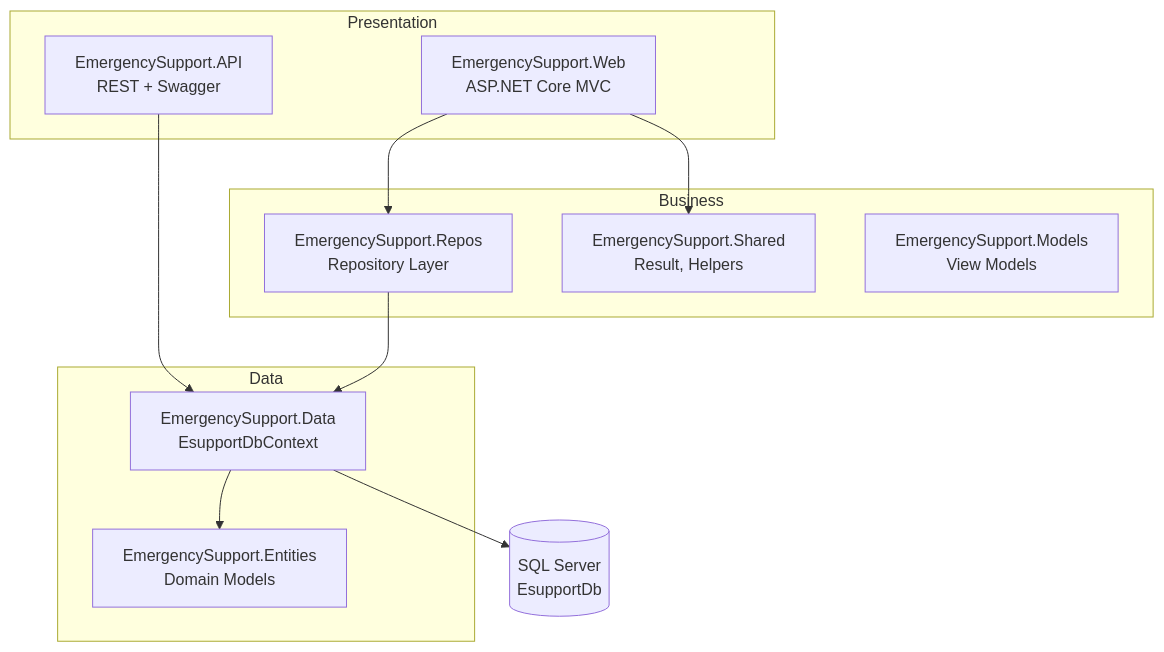
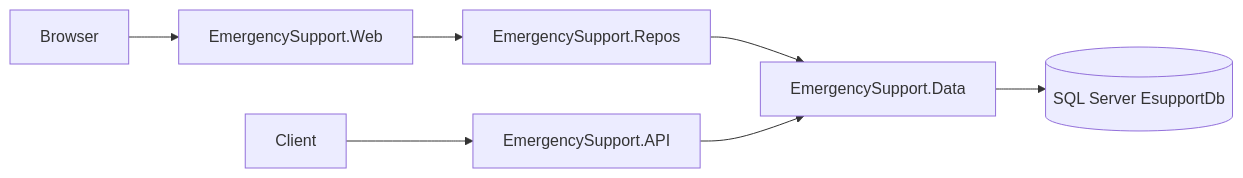
One commit to fahimkarim01/emergency-support-system changed the diagram in README.md. Above: the diagram before and after it, drawn with Mermaid. The commit also changed other lines of this file, not shown here.

````diff
--- a/README.md
+++ b/README.md
@@ -78,27 +54,9 @@
 ```mermaid
-flowchart TB
-    subgraph Presentation
-        WEB[EmergencySupport.Web<br/>ASP.NET Core MVC]
-        API[EmergencySupport.API<br/>REST + Swagger]
-    end
-
-    subgraph Business
-        REPO[EmergencySupport.Repos<br/>Repository Layer]
-        SHARED[EmergencySupport.Shared<br/>Result, Helpers]
-        MODELS[EmergencySupport.Models<br/>View Models]
-    end
-
-    subgraph Data
-        DATA[EmergencySupport.Data<br/>EsupportDbContext]
-        ENT[EmergencySupport.Entities<br/>Domain Models]
-    end
-
-    DB[(SQL Server<br/>EsupportDb)]
-
-    WEB --> REPO
-    API --> DATA
-    WEB --> SHARED
-    REPO --> DATA
-    DATA --> ENT
-    DATA --> DB
+flowchart LR
+  Browser --> MVC[EmergencySupport.Web]
+  Client --> API[EmergencySupport.API]
+  MVC --> Repos[EmergencySupport.Repos]
+  Repos --> Data[EmergencySupport.Data]
+  API --> Data
+  Data --> SQL[(SQL Server EsupportDb)]
 ```
````
